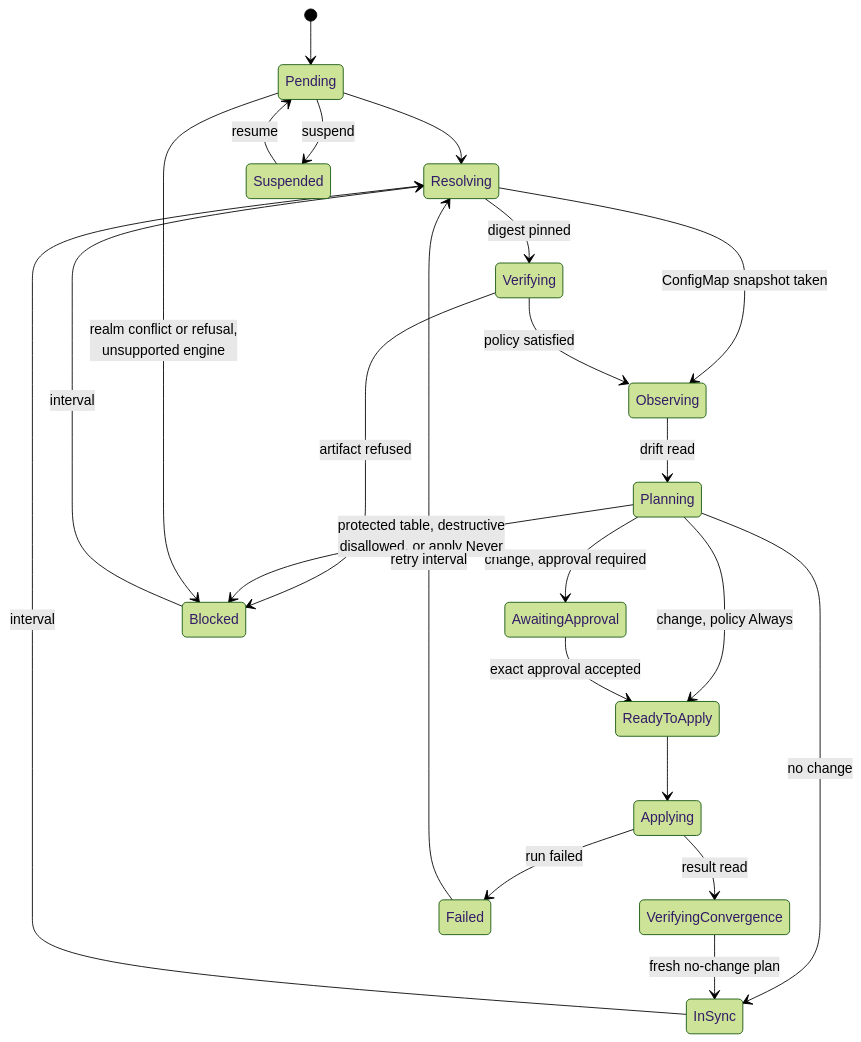
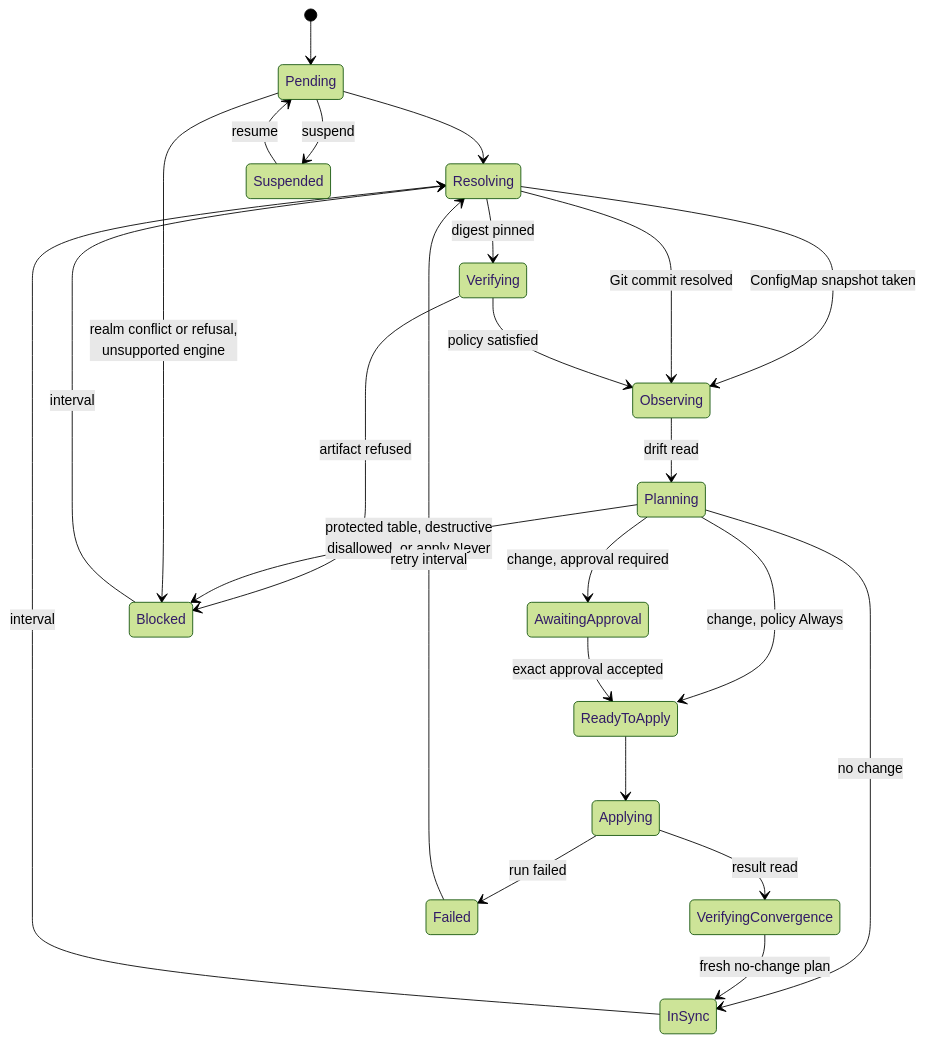
Before and after one commit to stokaro/ptah-operator: the first of 2 diagrams in docs/site/src/content/docs/reference/reconciliation.md, drawn with Mermaid (forest theme). The commit also changed other lines of this file and 149 other files, not shown here.

First line of the commit message:
Deliver a schema and a migration sequence from Git (#710)

````diff
--- a/docs/site/src/content/docs/reference/reconciliation.md
+++ b/docs/site/src/content/docs/reference/reconciliation.md
@@ -14,25 +14,26 @@
 ```mermaid
 stateDiagram-v2
   [*] --> Pending
   Pending --> Resolving
   Resolving --> Verifying: digest pinned
   Resolving --> Observing: ConfigMap snapshot taken
+  Resolving --> Observing: Git commit resolved
   Verifying --> Observing: policy satisfied
   Observing --> Planning: drift read
   Planning --> InSync: no change
   Planning --> AwaitingApproval: change, approval required
   Planning --> ReadyToApply: change, policy Always
   AwaitingApproval --> ReadyToApply: exact approval accepted
   ReadyToApply --> Applying
   Applying --> VerifyingConvergence: result read
   VerifyingConvergence --> InSync: fresh no-change plan
   InSync --> Resolving: interval
   Blocked --> Resolving: interval
   Verifying --> Blocked: artifact refused
   Planning --> Blocked: protected table, destructive<br/>disallowed, or apply Never
   Pending --> Blocked: realm conflict or refusal,<br/>unsupported engine
   Applying --> Failed: run failed
   Failed --> Resolving: retry interval
   Pending --> Suspended: suspend
   Suspended --> Pending: resume
 ```
````
